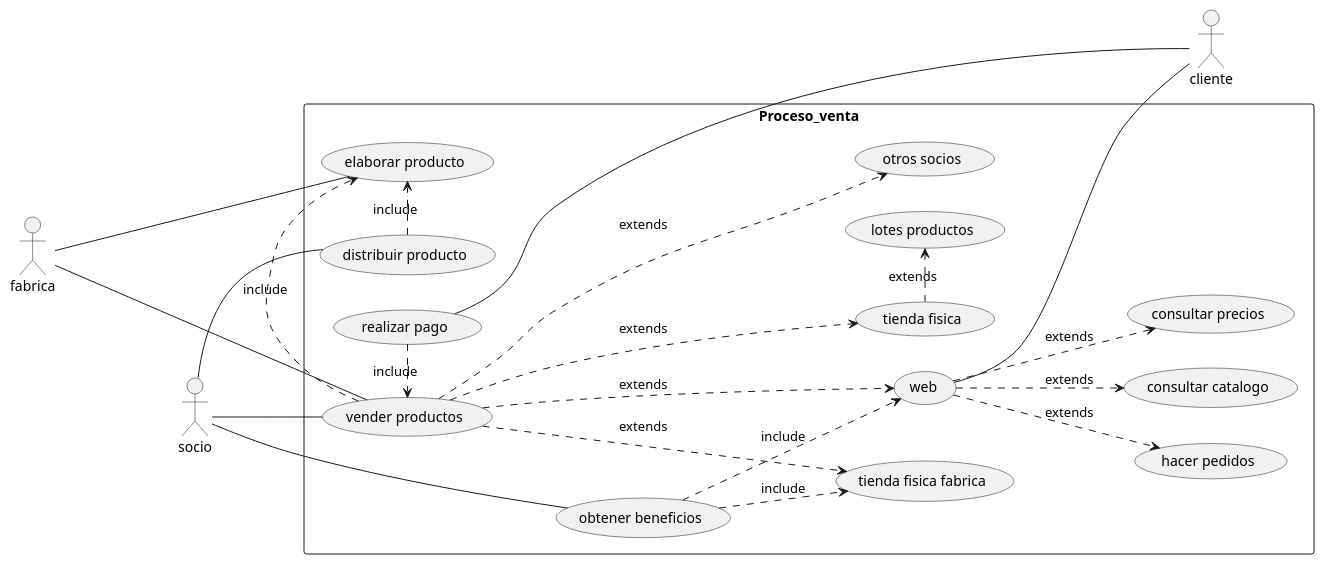
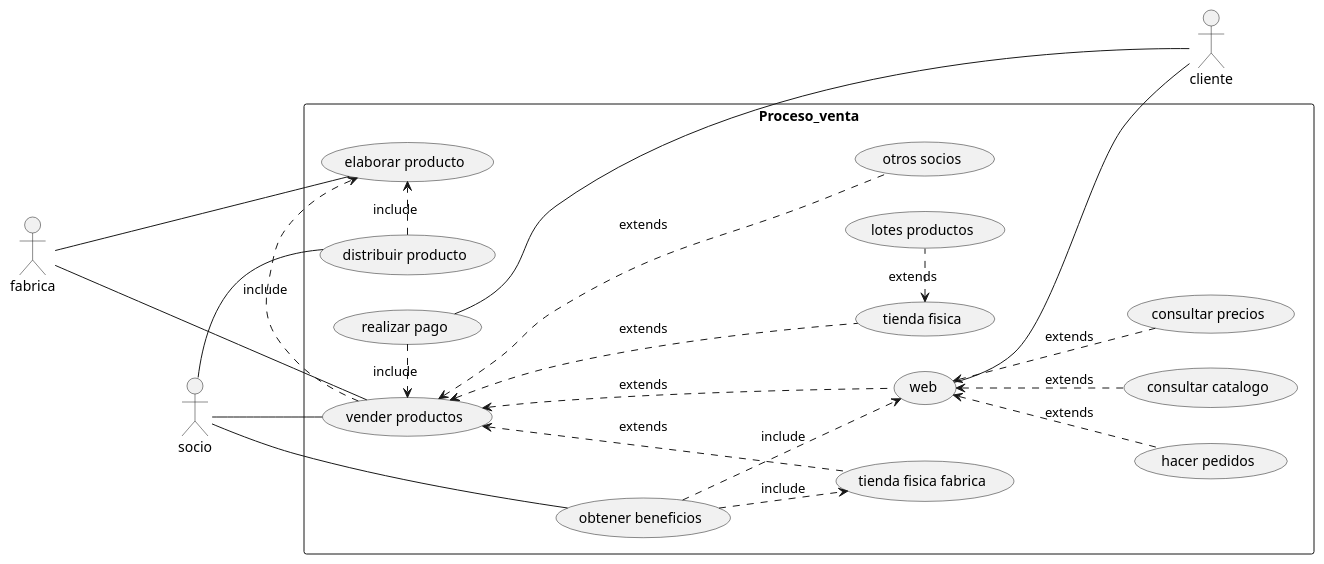
Before and after one commit to eliadotor/PCV06-10: the diagram in usecase/ejercicio1.puml, drawn with PlantUML.

Commit message:
Caso de uso fabrica embutidos actualizado

```diff
--- a/usecase/ejercicio1.puml
+++ b/usecase/ejercicio1.puml
@@ -1,29 +1,29 @@
 @startuml
 left to right direction
 skinparam packageStyle rectangle
 actor socio
 actor cliente
 actor fabrica
 rectangle Proceso_venta {
   (vender productos)  --up-- fabrica
   (elaborar producto) --up-- fabrica
   (vender productos) .> (elaborar producto) : include
   (distribuir producto) .> (elaborar producto) : include
-  (vender productos) ...> (tienda fisica fabrica) : extends
-  (vender productos) ...> (web): extends
-  (vender productos) ...> (tienda fisica) : extends
-  (vender productos) ...> (otros socios) : extends
-  (tienda fisica) .> (lotes productos) : extends
+  (vender productos) <... (tienda fisica fabrica) : extends
+  (vender productos) <... (web): extends
+  (vender productos) <... (tienda fisica) : extends
+  (vender productos) <... (otros socios) : extends
+  (tienda fisica) <. (lotes productos) : extends
   (realizar pago) .> (vender productos) : include
   socio -down- (vender productos)
   socio -- (distribuir producto)
   socio -- (obtener beneficios)
   (obtener beneficios) ..> (tienda fisica fabrica) : include
   (obtener beneficios) ..> (web) : include
   (web) -- cliente
-  (web) ..> (consultar catalogo) : extends
-  (web) ..> (consultar precios) : extends
-  (web) ..> (hacer pedidos) : extends
+  (web) <.. (consultar catalogo) : extends
+  (web) <.. (consultar precios) : extends
+  (web) <.. (hacer pedidos) : extends
   (realizar pago) -- cliente
 }
 @enduml
```
